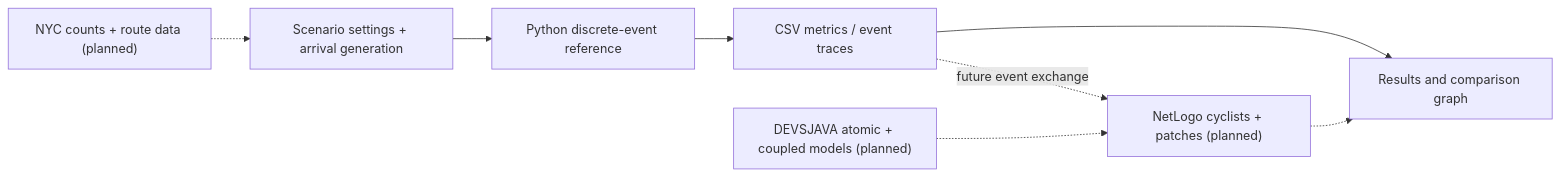
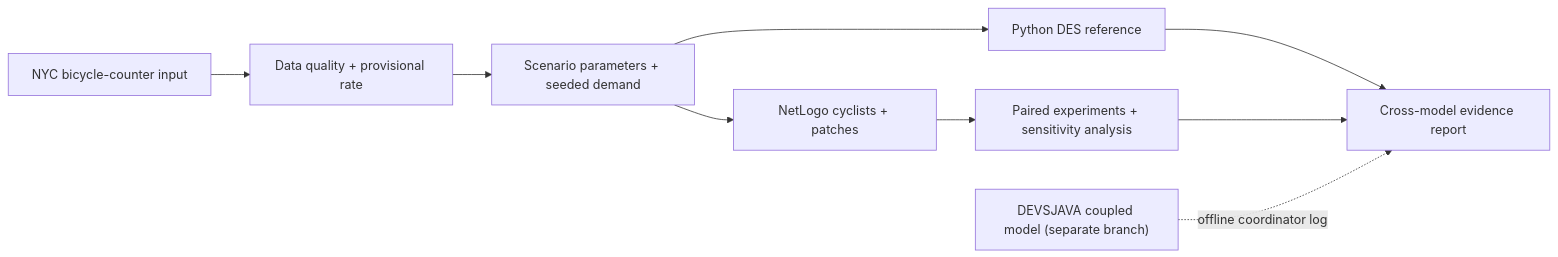
The diagram in README.md (rainrunner20/Cyclistics-CSC-754-Final-Project), drawn with Mermaid before and after one commit. The commit also changed other lines of this file, not shown here.

Commit message:
docs(readme): reflect implemented NetLogo ABM and verification scope

````diff
--- a/README.md
+++ b/README.md
@@ -62,10 +62,11 @@
 ```mermaid
 flowchart LR
-    A["Scenario settings + arrival generation"] --> B["Python discrete-event reference"]
-    B --> C["CSV metrics / event traces"]
-    C --> D["Results and comparison graph"]
-    E["NYC counts + route data (planned)"] -.-> A
-    F["DEVSJAVA atomic + coupled models (planned)"] -.-> G["NetLogo cyclists + patches (planned)"]
-    C -. "future event exchange" .-> G
-    G -.-> D
+    A["Scenario parameters + seeded demand"] --> B["Python DES reference"]
+    A --> C["NetLogo cyclists + patches"]
+    D["NYC bicycle-counter input"] --> E["Data quality + provisional rate"]
+    E --> A
+    B --> F["Cross-model evidence report"]
+    C --> G["Paired experiments + sensitivity analysis"]
+    G --> F
+    H["DEVSJAVA coupled model (separate branch)"] -. "offline coordinator log" .-> F
 ```
````
